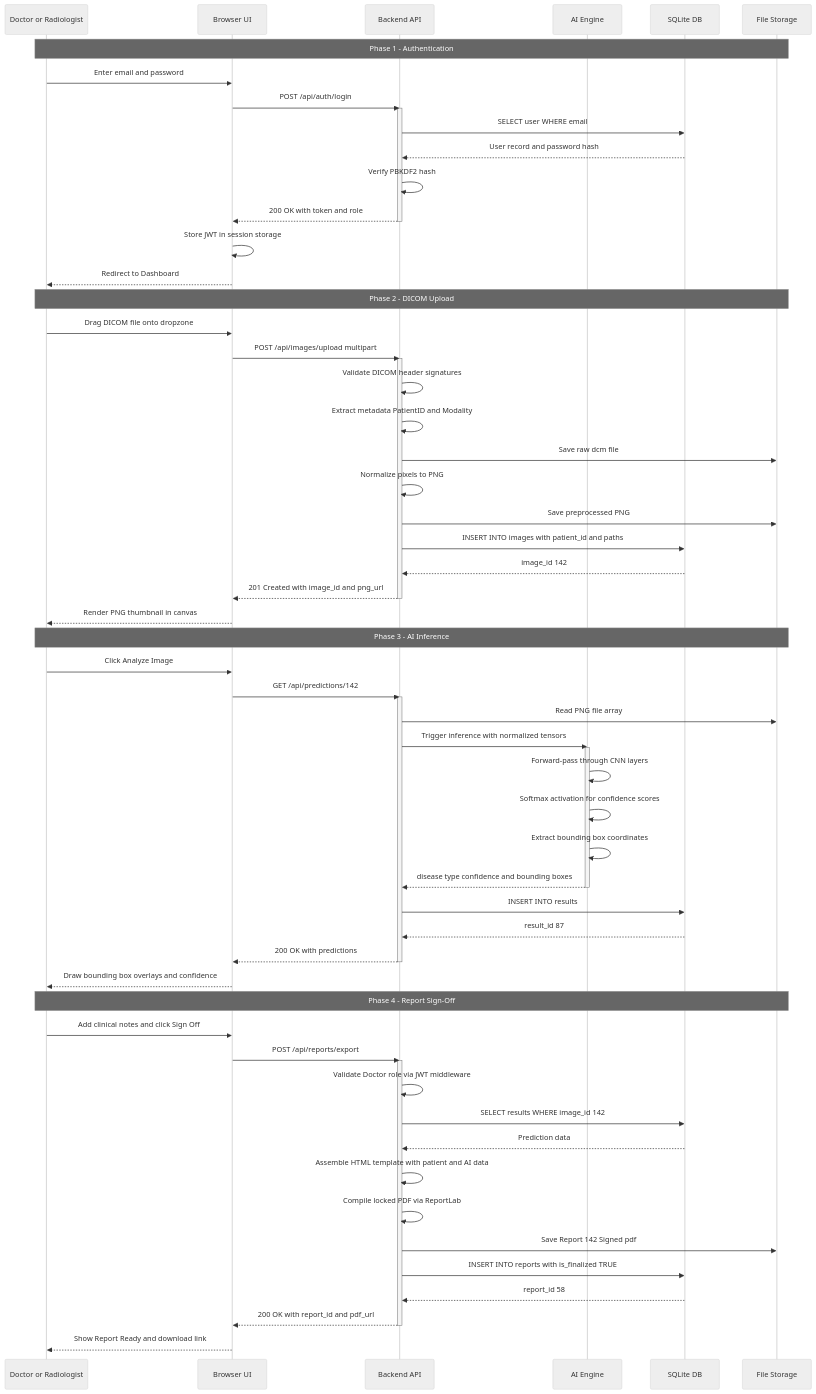
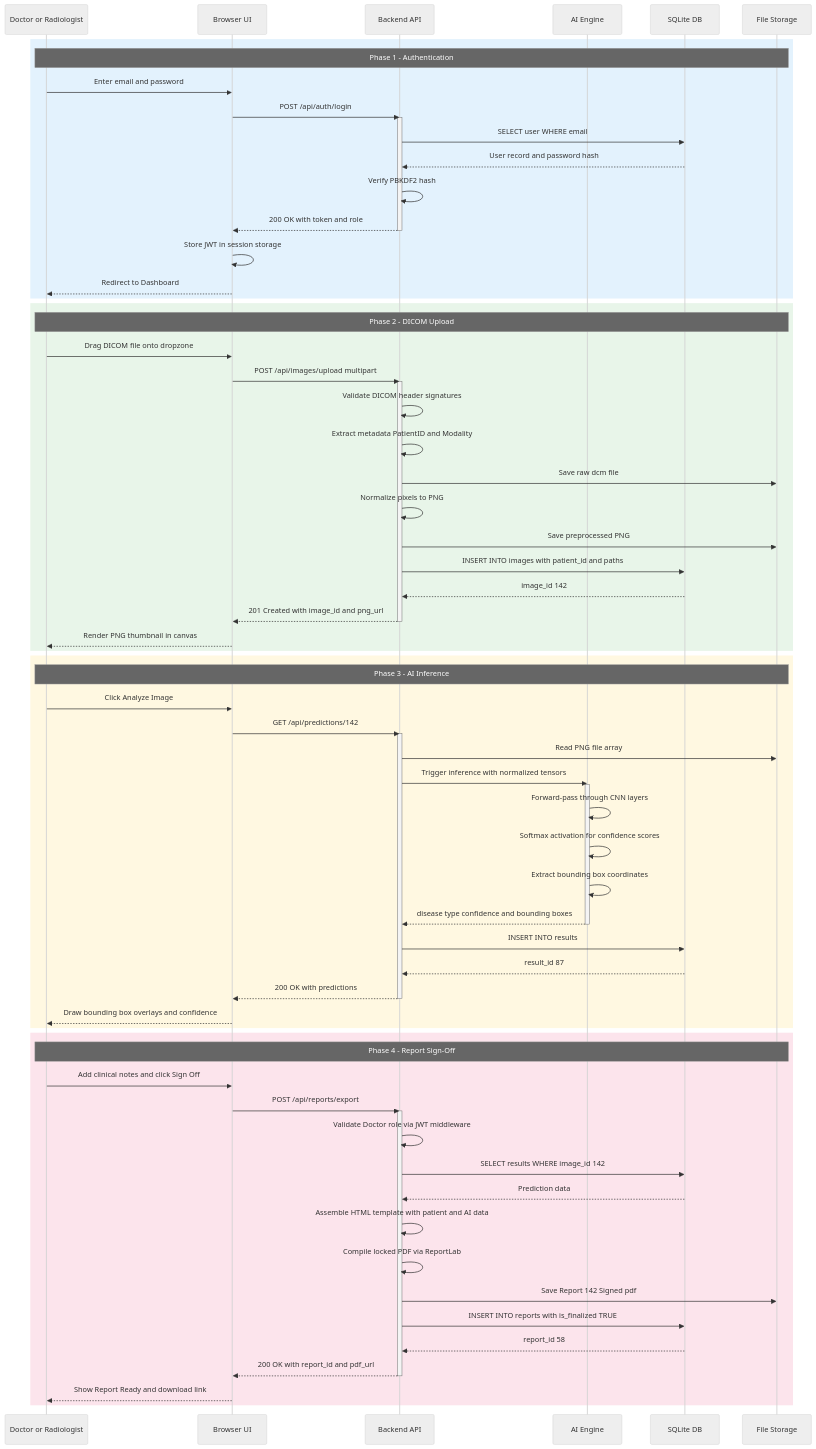
The diagram in diagrams/sequence_image_upload.md (alirezakavianifar/Medical-Image-Based-Disease-Detection-and-Classification-System), drawn with Mermaid (neutral theme) before and after one commit. The commit also changed other lines of this file and 4 other files, not shown here.

Commit message:
INFRA: Enhance all Mermaid diagrams with color styling and visual improvements

````diff
--- a/diagrams/sequence_image_upload.md
+++ b/diagrams/sequence_image_upload.md
@@ -12,70 +12,78 @@
 ```mermaid
 sequenceDiagram
     participant User as Doctor or Radiologist
     participant Browser as Browser UI
     participant API as Backend API
     participant AI as AI Engine
     participant DB as SQLite DB
     participant FS as File Storage
 
-    Note over User,FS: Phase 1 - Authentication
-    User ->> Browser: Enter email and password
-    Browser ->> API: POST /api/auth/login
-    activate API
-    API ->> DB: SELECT user WHERE email
-    DB -->> API: User record and password hash
-    API ->> API: Verify PBKDF2 hash
-    API -->> Browser: 200 OK with token and role
-    deactivate API
-    Browser ->> Browser: Store JWT in session storage
-    Browser -->> User: Redirect to Dashboard
+    rect rgb(227, 242, 253)
+        Note over User,FS: Phase 1 - Authentication
+        User ->> Browser: Enter email and password
+        Browser ->> API: POST /api/auth/login
+        activate API
+        API ->> DB: SELECT user WHERE email
+        DB -->> API: User record and password hash
+        API ->> API: Verify PBKDF2 hash
+        API -->> Browser: 200 OK with token and role
+        deactivate API
+        Browser ->> Browser: Store JWT in session storage
+        Browser -->> User: Redirect to Dashboard
+    end
 
-    Note over User,FS: Phase 2 - DICOM Upload
-    User ->> Browser: Drag DICOM file onto dropzone
-    Browser ->> API: POST /api/images/upload multipart
-    activate API
-    API ->> API: Validate DICOM header signatures
-    API ->> API: Extract metadata PatientID and Modality
-    API ->> FS: Save raw dcm file
-    API ->> API: Normalize pixels to PNG
-    API ->> FS: Save preprocessed PNG
-    API ->> DB: INSERT INTO images with patient_id and paths
-    DB -->> API: image_id 142
-    API -->> Browser: 201 Created with image_id and png_url
-    deactivate API
-    Browser -->> User: Render PNG thumbnail in canvas
+    rect rgb(232, 245, 233)
+        Note over User,FS: Phase 2 - DICOM Upload
+        User ->> Browser: Drag DICOM file onto dropzone
+        Browser ->> API: POST /api/images/upload multipart
+        activate API
+        API ->> API: Validate DICOM header signatures
+        API ->> API: Extract metadata PatientID and Modality
+        API ->> FS: Save raw dcm file
+        API ->> API: Normalize pixels to PNG
+        API ->> FS: Save preprocessed PNG
+        API ->> DB: INSERT INTO images with patient_id and paths
+        DB -->> API: image_id 142
+        API -->> Browser: 201 Created with image_id and png_url
+        deactivate API
+        Browser -->> User: Render PNG thumbnail in canvas
+    end
 
-    Note over User,FS: Phase 3 - AI Inference
-    User ->> Browser: Click Analyze Image
-    Browser ->> API: GET /api/predictions/142
-    activate API
-    API ->> FS: Read PNG file array
-    API ->> AI: Trigger inference with normalized tensors
-    activate AI
-    AI ->> AI: Forward-pass through CNN layers
-    AI ->> AI: Softmax activation for confidence scores
-    AI ->> AI: Extract bounding box coordinates
-    AI -->> API: disease type confidence and bounding boxes
-    deactivate AI
-    API ->> DB: INSERT INTO results
-    DB -->> API: result_id 87
-    API -->> Browser: 200 OK with predictions
-    deactivate API
-    Browser -->> User: Draw bounding box overlays and confidence
+    rect rgb(255, 248, 225)
+        Note over User,FS: Phase 3 - AI Inference
+        User ->> Browser: Click Analyze Image
+        Browser ->> API: GET /api/predictions/142
+        activate API
+        API ->> FS: Read PNG file array
+        API ->> AI: Trigger inference with normalized tensors
+        activate AI
+        AI ->> AI: Forward-pass through CNN layers
+        AI ->> AI: Softmax activation for confidence scores
+        AI ->> AI: Extract bounding box coordinates
+        AI -->> API: disease type confidence and bounding boxes
+        deactivate AI
+        API ->> DB: INSERT INTO results
+        DB -->> API: result_id 87
+        API -->> Browser: 200 OK with predictions
+        deactivate API
+        Browser -->> User: Draw bounding box overlays and confidence
+    end
 
-    Note over User,FS: Phase 4 - Report Sign-Off
-    User ->> Browser: Add clinical notes and click Sign Off
-    Browser ->> API: POST /api/reports/export
-    activate API
-    API ->> API: Validate Doctor role via JWT middleware
-    API ->> DB: SELECT results WHERE image_id 142
-    DB -->> API: Prediction data
-    API ->> API: Assemble HTML template with patient and AI data
-    API ->> API: Compile locked PDF via ReportLab
-    API ->> FS: Save Report 142 Signed pdf
-    API ->> DB: INSERT INTO reports with is_finalized TRUE
-    DB -->> API: report_id 58
-    API -->> Browser: 200 OK with report_id and pdf_url
-    deactivate API
-    Browser -->> User: Show Report Ready and download link
+    rect rgb(252, 228, 236)
+        Note over User,FS: Phase 4 - Report Sign-Off
+        User ->> Browser: Add clinical notes and click Sign Off
+        Browser ->> API: POST /api/reports/export
+        activate API
+        API ->> API: Validate Doctor role via JWT middleware
+        API ->> DB: SELECT results WHERE image_id 142
+        DB -->> API: Prediction data
+        API ->> API: Assemble HTML template with patient and AI data
+        API ->> API: Compile locked PDF via ReportLab
+        API ->> FS: Save Report 142 Signed pdf
+        API ->> DB: INSERT INTO reports with is_finalized TRUE
+        DB -->> API: report_id 58
+        API -->> Browser: 200 OK with report_id and pdf_url
+        deactivate API
+        Browser -->> User: Show Report Ready and download link
+    end
 ```
````
